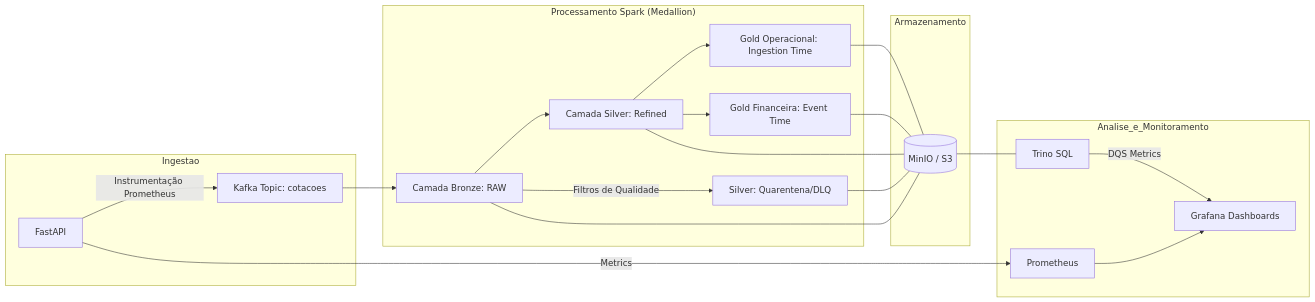
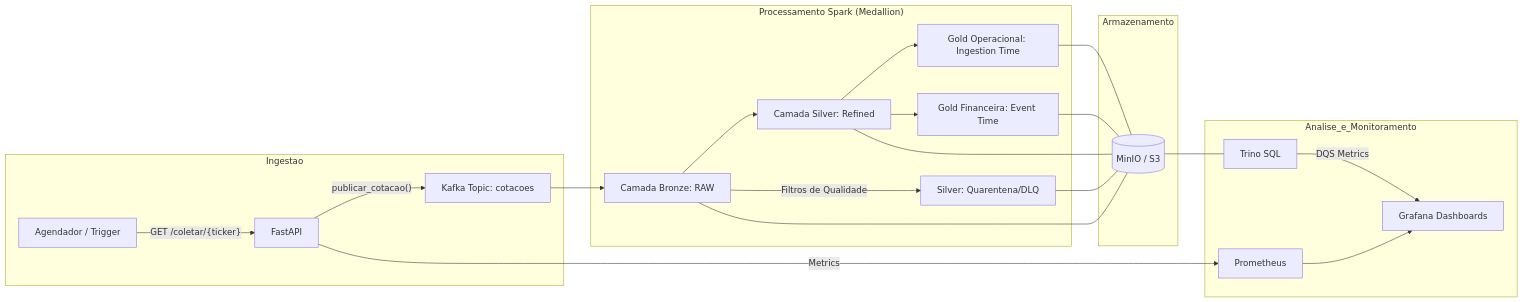
Before and after one commit to Suzyguebata/cotacao_bolsa: the diagram in README.md, drawn with Mermaid. The commit also changed other lines of this file and 16 other files, not shown here.

````diff
--- a/README.md
+++ b/README.md
@@ -43,25 +60,26 @@
 ```mermaid
 graph LR
     subgraph Ingestao
-        API[FastAPI] -- "Instrumentação Prometheus" --> Kafka[Kafka Topic: cotacoes]
+        Agendador[Agendador / Trigger] -- "GET /coletar/{ticker}" --> API[FastAPI]
+        API -- "publicar_cotacao()" --> Kafka[Kafka Topic: cotacoes]
     end
 
     subgraph "Processamento Spark (Medallion)"
         Kafka --> Bronze[Camada Bronze: RAW]
         Bronze --> Silver[Camada Silver: Refined]
         Bronze -- "Filtros de Qualidade" --> Quarentena[Silver: Quarentena/DLQ]
         Silver --> GoldOp[Gold Operacional: Ingestion Time]
         Silver --> GoldFin[Gold Financeira: Event Time]
     end
 
     subgraph Armazenamento
         Bronze & Silver & Quarentena & GoldOp & GoldFin --- MinIO[(MinIO / S3)]
     end
 
     subgraph Analise_e_Monitoramento
         MinIO --- Trino[Trino SQL]
         Trino -- "DQS Metrics" --> Grafana[Grafana Dashboards]
         API -- "Metrics" --> Prometheus[Prometheus]
         Prometheus --> Grafana
     end
 ```
````
